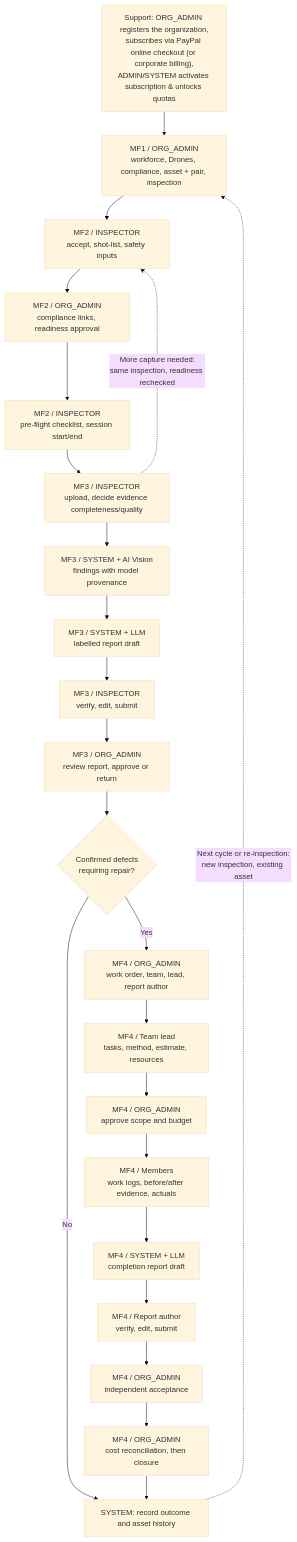
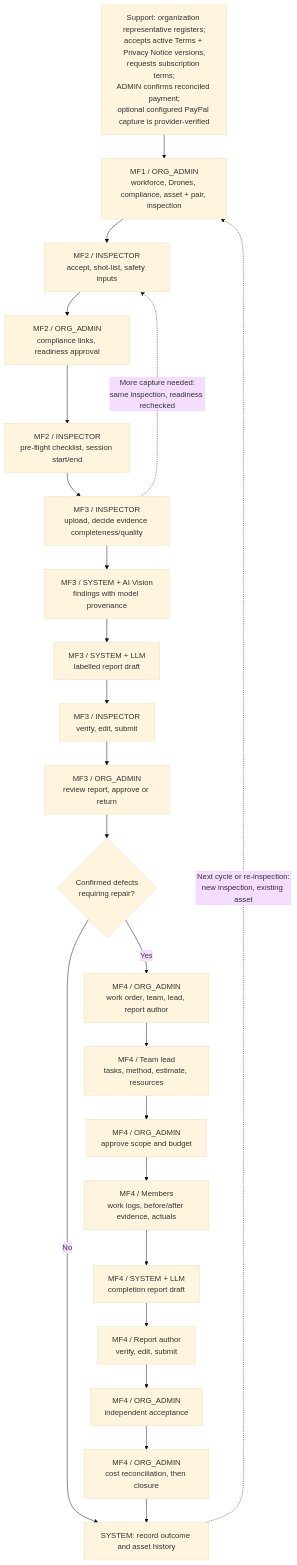
One commit to tungbach12/SmartDroneInspection-Docs changed the diagram in project-reference/business-flows.md. Above: the diagram before and after it, drawn with Mermaid (base theme). The commit also changed other lines of this file and 13 other files, not shown here.

Commit message:
feat(subscription): add optional PayPal settlement

````diff
--- a/project-reference/business-flows.md
+++ b/project-reference/business-flows.md
@@ -65,26 +70,26 @@
 ```mermaid
 flowchart TD
-  S["Support: ORG_ADMIN registers the organization,<br/>subscribes via PayPal online checkout (or corporate billing),<br/>ADMIN/SYSTEM activates subscription & unlocks quotas"] --> A
+  S["Support: organization representative registers;<br/>accepts active Terms + Privacy Notice versions,<br/>requests subscription terms;<br/>ADMIN confirms reconciled payment;<br/>optional configured PayPal capture is provider-verified"] --> A
   A["MF1 / ORG_ADMIN<br/>workforce, Drones, compliance, asset + pair, inspection"] --> B
   B["MF2 / INSPECTOR<br/>accept, shot-list, safety inputs"] --> C
   C["MF2 / ORG_ADMIN<br/>compliance links, readiness approval"] --> D
   D["MF2 / INSPECTOR<br/>pre-flight checklist, session start/end"] --> E
   E["MF3 / INSPECTOR<br/>upload, decide evidence completeness/quality"] --> V
   E -.->|"More capture needed:<br/>same inspection, readiness rechecked"| B
   V["MF3 / SYSTEM + AI Vision<br/>findings with model provenance"] --> N
   N["MF3 / SYSTEM + LLM<br/>labelled report draft"] --> R
   R["MF3 / INSPECTOR<br/>verify, edit, submit"] --> F
   F["MF3 / ORG_ADMIN<br/>review report, approve or return"] --> G
   G{"Confirmed defects<br/>requiring repair?"}
   G -->|"No"| Z["SYSTEM: record outcome and asset history"]
   G -->|"Yes"| T
   T["MF4 / ORG_ADMIN<br/>work order, team, lead, report author"] --> P
   P["MF4 / Team lead<br/>tasks, method, estimate, resources"] --> Q
   Q["MF4 / ORG_ADMIN<br/>approve scope and budget"] --> W
   W["MF4 / Members<br/>work logs, before/after evidence, actuals"] --> H
   H["MF4 / SYSTEM + LLM<br/>completion report draft"] --> I
   I["MF4 / Report author<br/>verify, edit, submit"] --> J
   J["MF4 / ORG_ADMIN<br/>independent acceptance"] --> K
   K["MF4 / ORG_ADMIN<br/>cost reconciliation, then closure"] --> Z
   Z -.->|"Next cycle or re-inspection:<br/>new inspection, existing asset"| A
 ```
````
